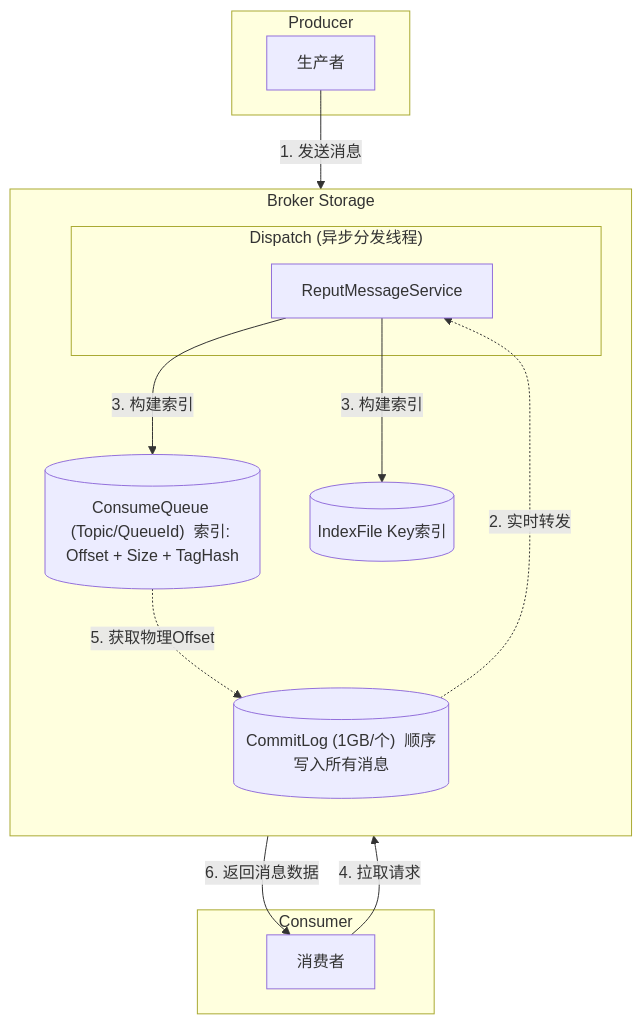
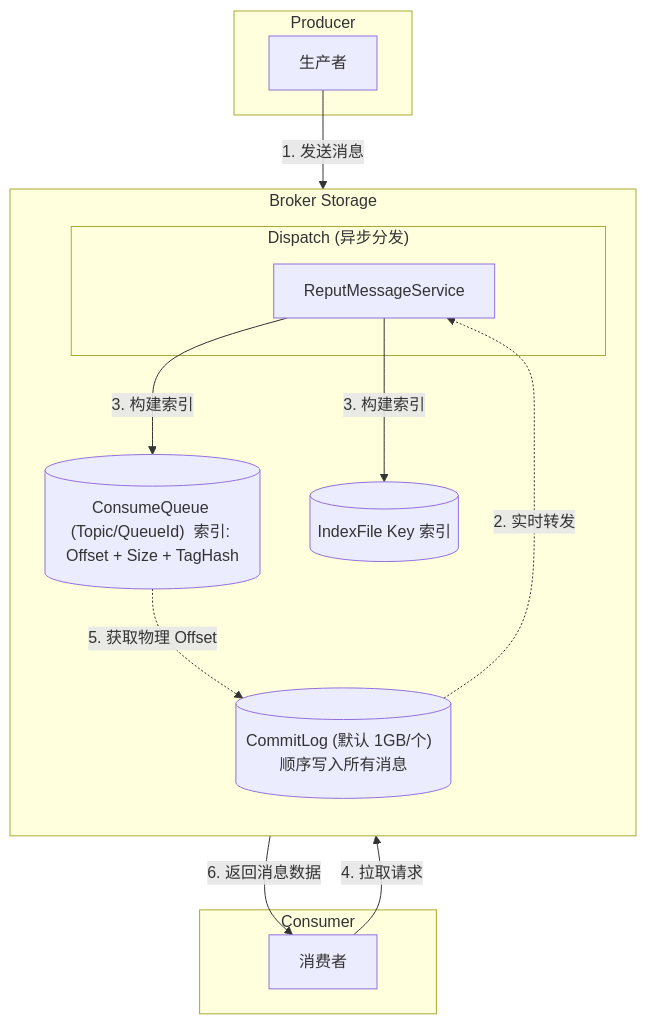
Before and after one commit to OmniStacker/Javar: the diagram in 最终版_精简/Rocketmq.md, drawn with Mermaid. The commit also changed other lines of this file, not shown here.

````diff
--- a/最终版_精简/Rocketmq.md
+++ b/最终版_精简/Rocketmq.md
@@ -627,30 +165,30 @@
 ```mermaid
 graph TD
     subgraph "Producer"
         P[生产者]
     end
 
     subgraph "Broker Storage"
         direction TB
-        CL[("CommitLog (1GB/个)  顺序写入所有消息")]
+        CL[("CommitLog (默认 1GB/个)  顺序写入所有消息")]
 
-        subgraph "Dispatch (异步分发线程)"
+        subgraph "Dispatch (异步分发)"
             D[ReputMessageService]
         end
 
         CQ[("ConsumeQueue (Topic/QueueId)  索引: Offset + Size + TagHash")]
-        IF[("IndexFile  Key索引")]
+        IF[("IndexFile  Key 索引")]
     end
 
     subgraph "Consumer"
         C[消费者]
     end
 
     P -->|1. 发送消息| CL
     CL -.->|2. 实时转发| D
     D -->|3. 构建索引| CQ
     D -->|3. 构建索引| IF
     C -->|4. 拉取请求| CQ
-    CQ -.->|5. 获取物理Offset| CL
+    CQ -.->|5. 获取物理 Offset| CL
     CL -->|6. 返回消息数据| C
 ```
````
